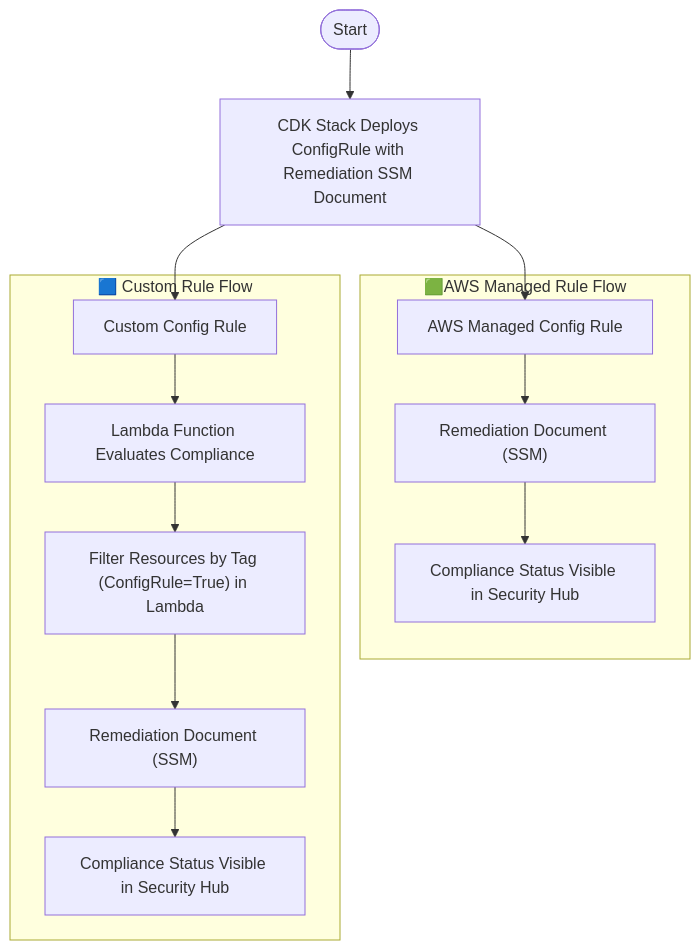
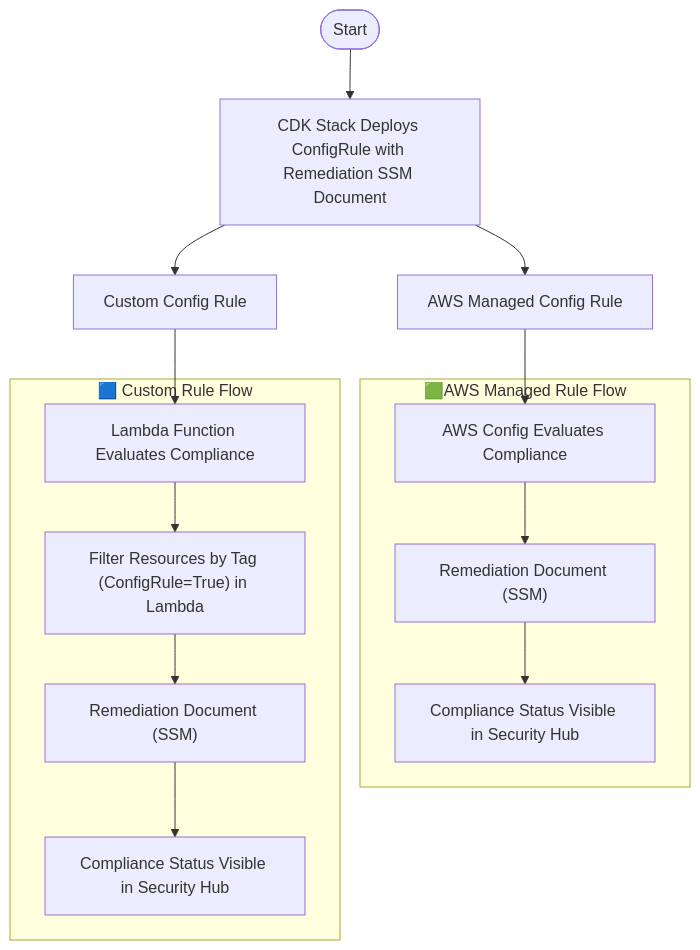
Before and after one commit to vchinnap/vchinnap-discussions: the third of 3 diagrams in src/config/config-flow.md, drawn with Mermaid.

````diff
--- a/src/config/config-flow.md
+++ b/src/config/config-flow.md
@@ -37,19 +37,21 @@
 ```mermaid
 flowchart TD
   A([Start]) --> B["CDK Stack Deploys ConfigRule with Remediation SSM Document"]
 
   B --> C["AWS Managed Config Rule"]
   B --> D["Custom Config Rule"]
 
+  C --> CE["AWS Config Evaluates Compliance"]
+  D --> DE["Lambda Function Evaluates Compliance"]
+
   subgraph ManagedPath ["🟩AWS Managed Rule Flow"]
-    C --> E["Remediation Document (SSM)"]
+    CE --> E["Remediation Document (SSM)"]
     E --> F["Compliance Status Visible in Security Hub"]
   end
 
   subgraph CustomPath ["🟦 Custom Rule Flow"]
-    D --> G["Lambda Function Evaluates Compliance"]
-    G --> G1["Filter Resources by Tag (ConfigRule=True) in Lambda"]
-    G1 --> H["Remediation Document (SSM)"]
+    DE --> G["Filter Resources by Tag (ConfigRule=True) in Lambda"]
+    G --> H["Remediation Document (SSM)"]
     H --> I["Compliance Status Visible in Security Hub"]
   end
 ```
````
